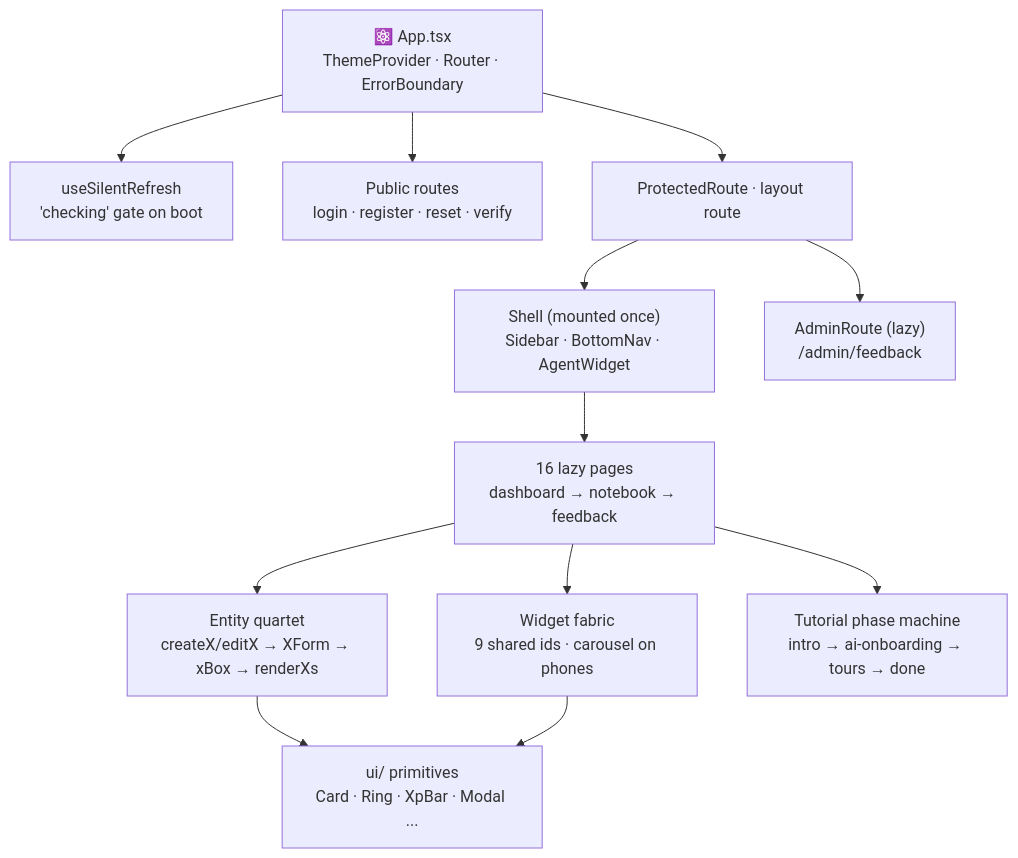
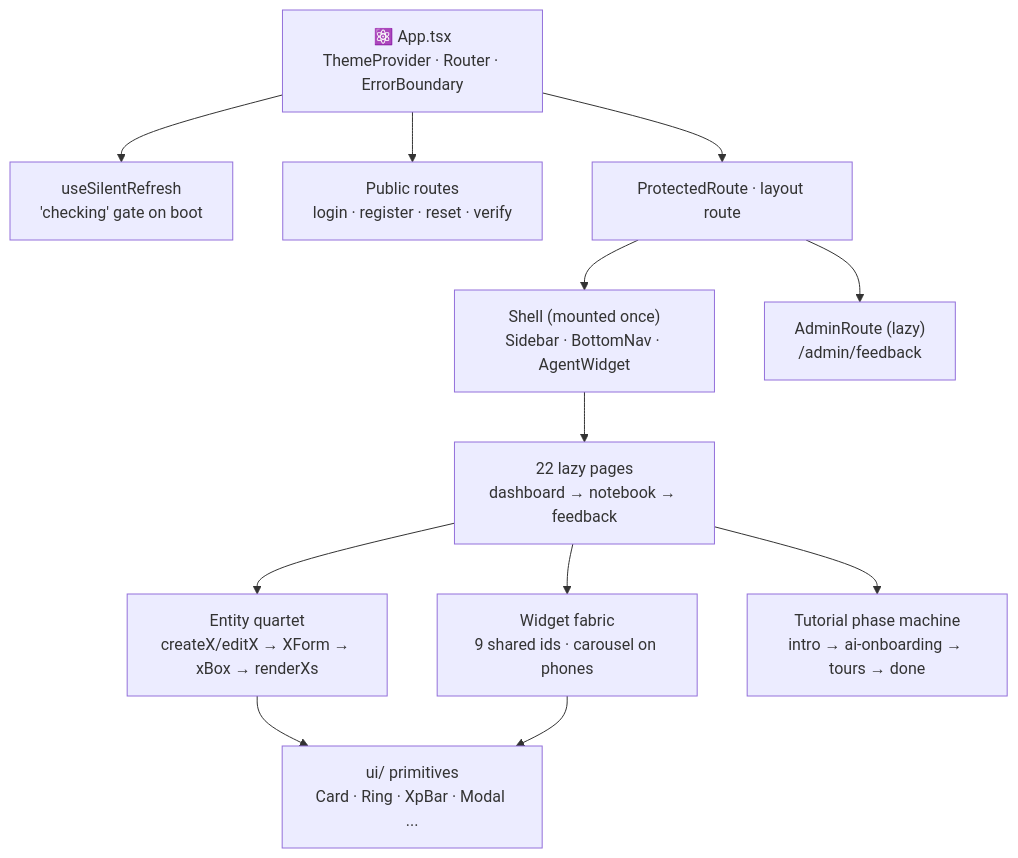
One commit to AndDev741/Beyou-arch-design changed the diagram in architecture/ui-components/diagram.mmd. Above: the diagram before and after it, drawn with Mermaid. The commit also changed 31 other files, not shown here.

```diff
--- a/architecture/ui-components/diagram.mmd
+++ b/architecture/ui-components/diagram.mmd
@@ -1,16 +1,16 @@
 flowchart TD
   APP["⚛️ App.tsx<br/>ThemeProvider · Router · ErrorBoundary"]
   APP --> BOOT["useSilentRefresh<br/>'checking' gate on boot"]
   APP --> PUB["Public routes<br/>login · register · reset · verify"]
   APP --> PROT["ProtectedRoute · layout route"]
 
   PROT --> SHELL["Shell (mounted once)<br/>Sidebar · BottomNav · AgentWidget"]
-  SHELL --> PAGES["16 lazy pages<br/>dashboard → notebook → feedback"]
+  SHELL --> PAGES["22 lazy pages<br/>dashboard → notebook → feedback"]
   PROT --> ADM["AdminRoute (lazy)<br/>/admin/feedback"]
 
   PAGES --> QUARTET["Entity quartet<br/>createX/editX → XForm → xBox → renderXs"]
   PAGES --> WIDG["Widget fabric<br/>9 shared ids · carousel on phones"]
   PAGES --> TUT["Tutorial phase machine<br/>intro → ai-onboarding → tours → done"]
 
   QUARTET --> UIP["ui/ primitives<br/>Card · Ring · XpBar · Modal ..."]
   WIDG --> UIP
```
